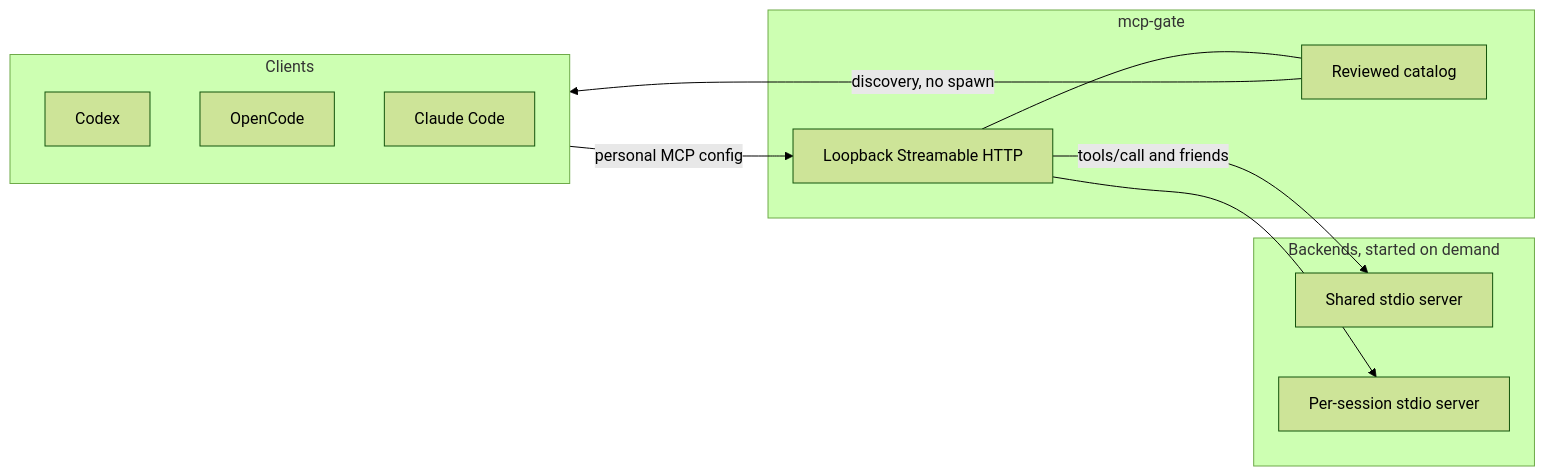
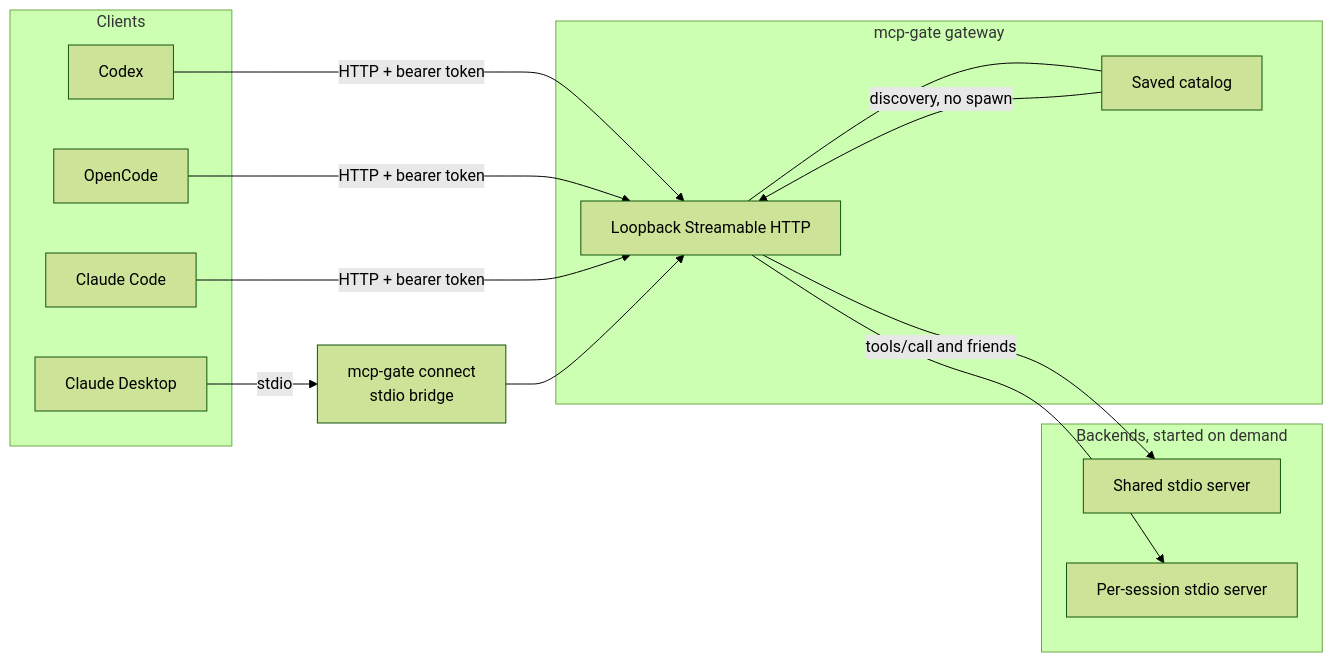
The diagram in README.md (Matvey-Radchenko/mcp-gate), drawn with Mermaid (forest theme) before and after one commit. The commit also changed other lines of this file and 7 other files, not shown here.

````diff
--- a/README.md
+++ b/README.md
@@ -179,21 +195,27 @@
 ```mermaid
 flowchart LR
   subgraph clients [Clients]
     Codex
     OpenCode
     Claude[Claude Code]
+    Desktop[Claude Desktop]
   end
-  subgraph gate [mcp-gate]
+  Bridge[mcp-gate connect<br/>stdio bridge]
+  subgraph gate [mcp-gate gateway]
     HTTP[Loopback Streamable HTTP]
-    Catalog[Reviewed catalog]
+    Catalog[Saved catalog]
     HTTP --- Catalog
   end
   subgraph backends [Backends, started on demand]
     Shared[Shared stdio server]
     Session[Per-session stdio server]
   end
-  clients -->|personal MCP config| HTTP
-  Catalog -->|discovery, no spawn| clients
+  Codex -->|HTTP + bearer token| HTTP
+  OpenCode -->|HTTP + bearer token| HTTP
+  Claude -->|HTTP + bearer token| HTTP
+  Desktop -->|stdio| Bridge
+  Bridge --> HTTP
+  Catalog -->|discovery, no spawn| HTTP
   HTTP -->|tools/call and friends| Shared
   HTTP --> Session
 ```
````
